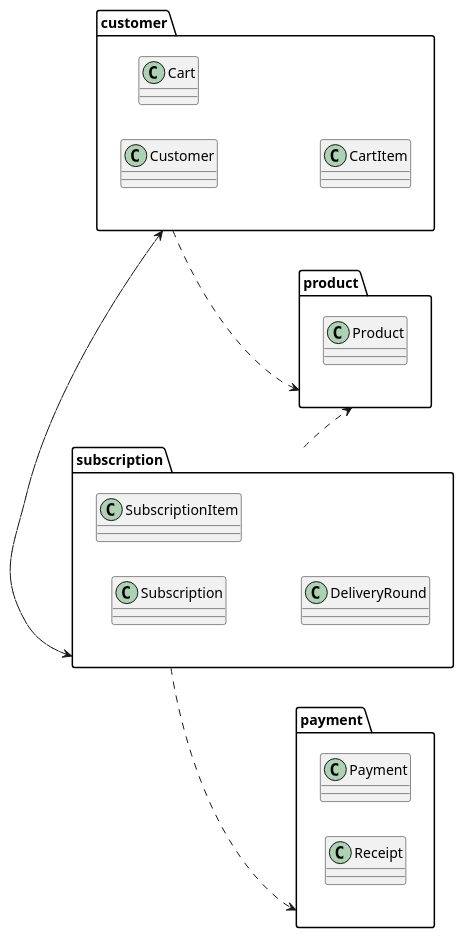
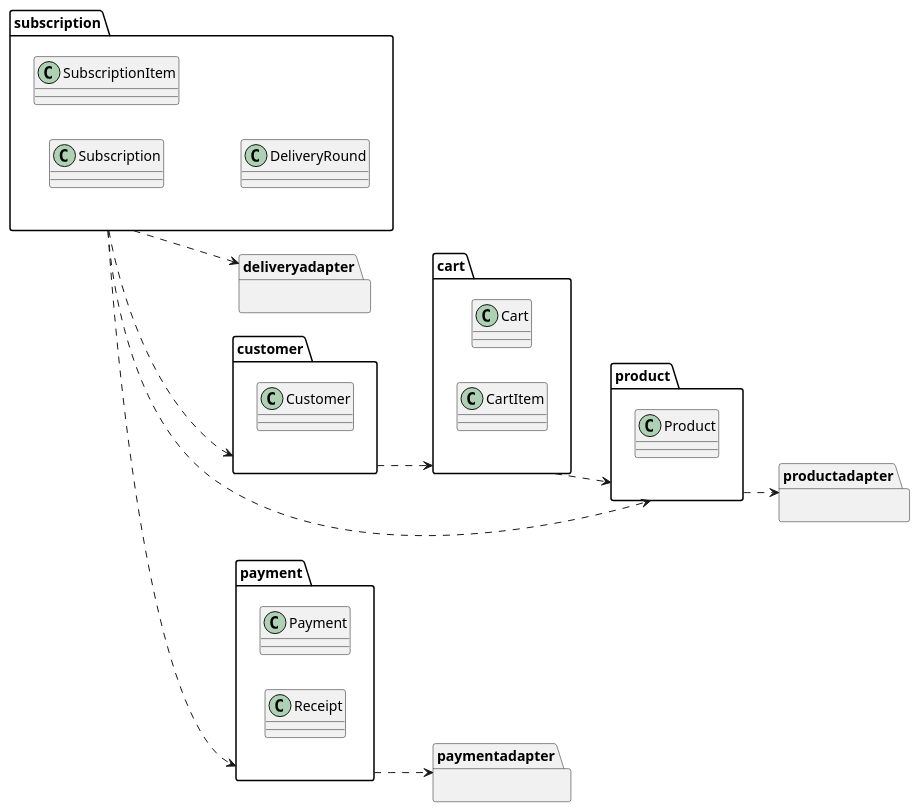
One commit to YoungSan77/TrainingMaterials changed diagram 16 of 17 in courses/ooad/sessions/s05.md. Above: the diagram before and after it, drawn with PlantUML. The commit also changed other lines of this file and 29 other files, not shown here.

````diff
--- a/courses/ooad/sessions/s05.md
+++ b/courses/ooad/sessions/s05.md
@@ -1022,27 +1031,38 @@
 ```plantuml:package
 @startuml
 left to right direction
 package "customer" as C {
   class "Customer" as Customer
+}
+package "cart" as K {
   class "Cart" as Cart
   class "CartItem" as CartItem
 }
 package "subscription" as S {
   class "Subscription" as Sub
   class "SubscriptionItem" as SubItem
   class "DeliveryRound" as Round
 }
 package "product" as P {
   class "Product" as Product
 }
 package "payment" as Pay {
   class "Payment" as Payment
   class "Receipt" as Receipt
 }
-C ..> S
+package "productadapter" as PA {
+}
+package "paymentadapter" as PYA {
+}
+package "deliveryadapter" as DA {
+}
+C ..> K
+K ..> P
 S ..> C
-C ..> P
 S ..> P
 S ..> Pay
+P ..> PA
+Pay ..> PYA
+S ..> DA
 @enduml
 ```
````
